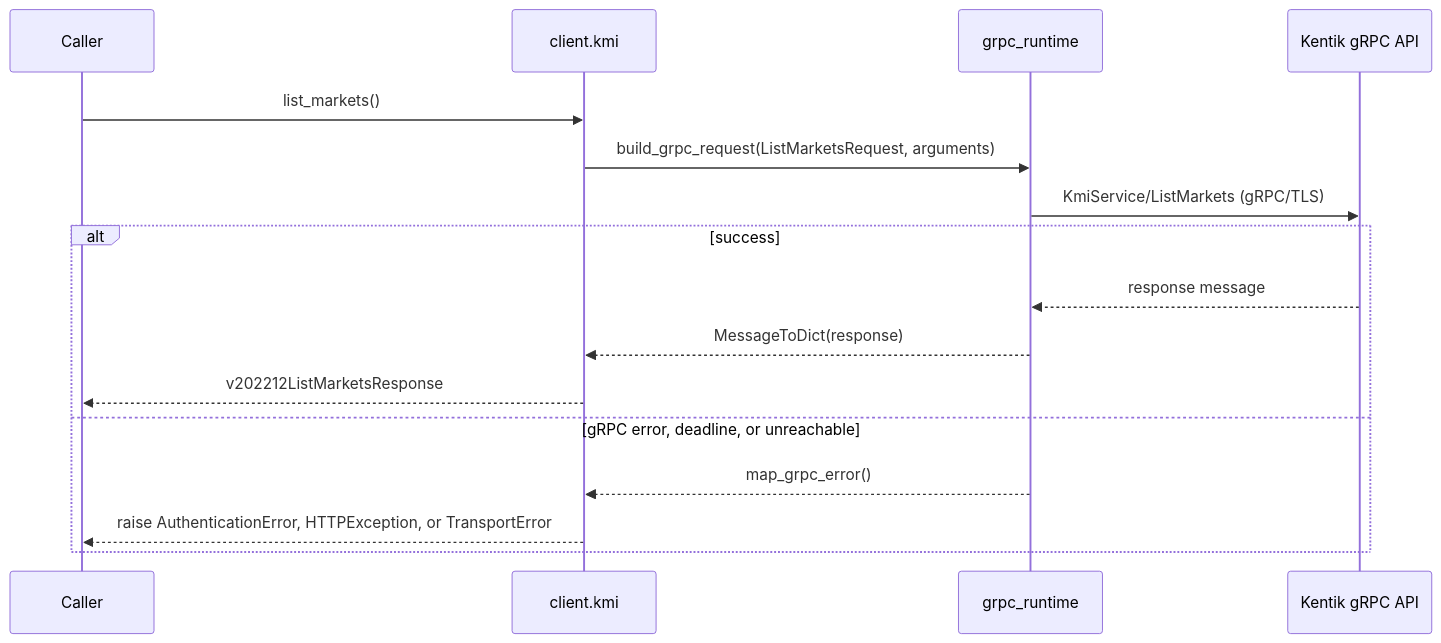
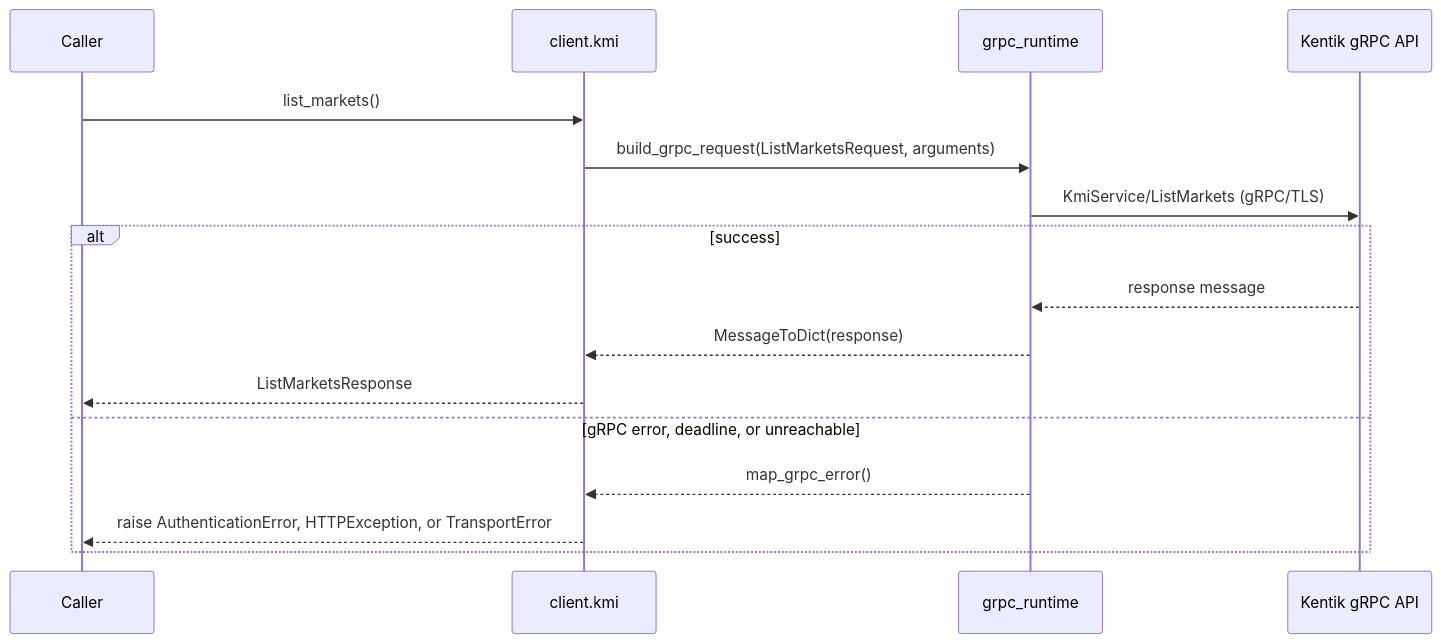
One commit to alexdearaujo/community_sdk_python changed diagram 11 of 12 in docs/sphinx/services/kmi.md. Above: the diagram before and after it, drawn with Mermaid. The commit also changed other lines of this file and 38 other files, not shown here.

````diff
--- a/docs/sphinx/services/kmi.md
+++ b/docs/sphinx/services/kmi.md
@@ -384,19 +384,19 @@
 ```mermaid
 sequenceDiagram
     participant C as Caller
     participant W as client.kmi
     participant R as grpc_runtime
     participant API as Kentik gRPC API
 
     C->>W: list_markets()
     W->>R: build_grpc_request(ListMarketsRequest, arguments)
     R->>API: KmiService/ListMarkets (gRPC/TLS)
     alt success
         API-->>R: response message
         R-->>W: MessageToDict(response)
-        W-->>C: v202212ListMarketsResponse
+        W-->>C: ListMarketsResponse
     else gRPC error, deadline, or unreachable
         R-->>W: map_grpc_error()
         W-->>C: raise AuthenticationError, HTTPException, or TransportError
     end
 ```
````
